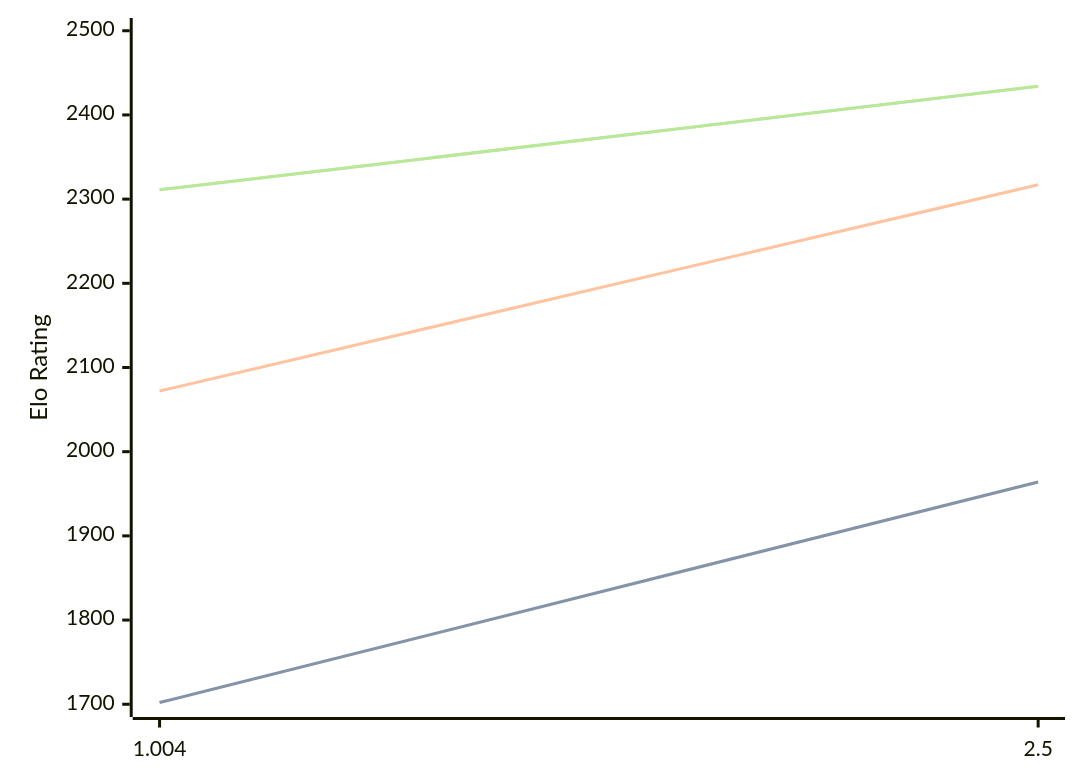
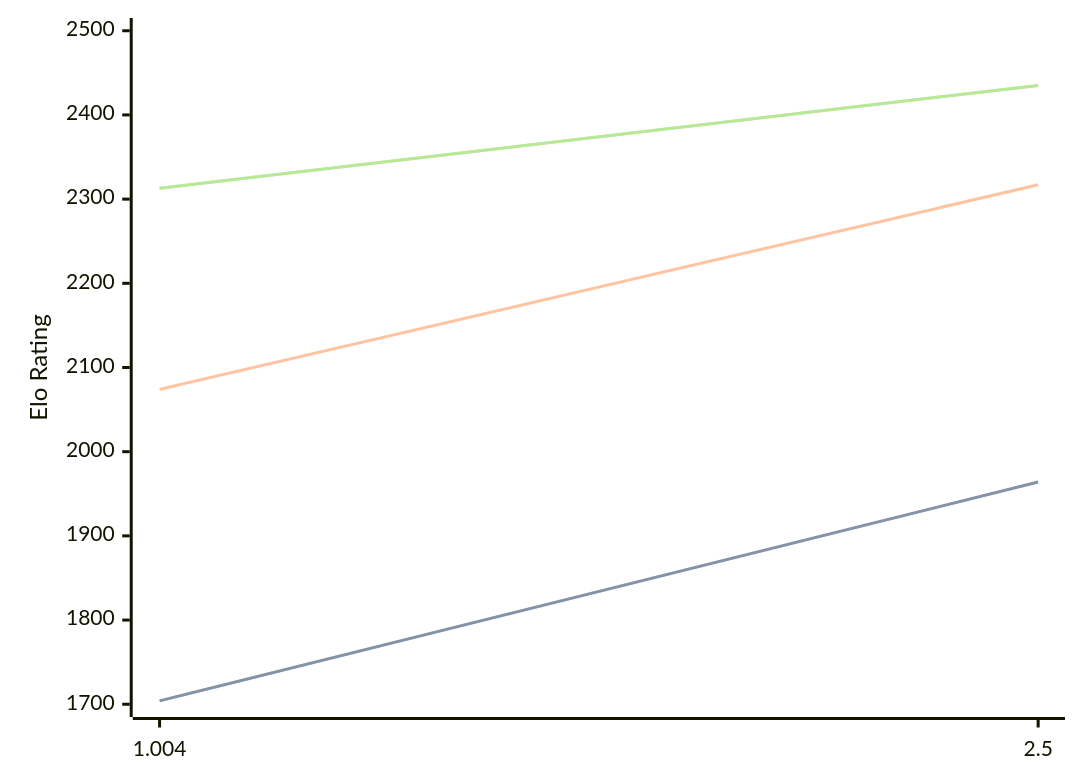
One commit to computer-chess-index/cci changed the diagram in engines/Ares.md. Above: the diagram before and after it, drawn with Mermaid. The commit also changed other lines of this file, not shown here.

Commit message:
Update CCI Ratings (ELO VLTC) - 2026-05-21

````diff
--- a/engines/Ares.md
+++ b/engines/Ares.md
@@ -32,11 +32,11 @@
 ```mermaid
 %%{init: {"theme":"base","themeVariables":{"seriesColors:['#a3a3a3','#222221','#faa371']}}}%%
 xychart-beta
   x-axis ["1.004", "2.5"]
   y-axis "Elo Rating" 1700 --> 2500
-  line "STC (8.0+0.08s)" [1702, 1964]
-  line "STC (8.0+0.08s)" [1702, 1964]
-  line "LTC (60.0+0.60s)" [2072, 2317]
-  line "VLTC (2m24s+1.12s)" [2311, 2434]
-  line "VLTC (2m24s+1.12s)" [2311, 2434]
+  line "STC (8.0+0.08s)" [1704, 1964]
+  line "STC (8.0+0.08s)" [1704, 1964]
+  line "LTC (60.0+0.60s)" [2074, 2317]
+  line "VLTC (2m24s+1.12s)" [2313, 2435]
+  line "VLTC (2m24s+1.12s)" [2313, 2435]
 ```
````
